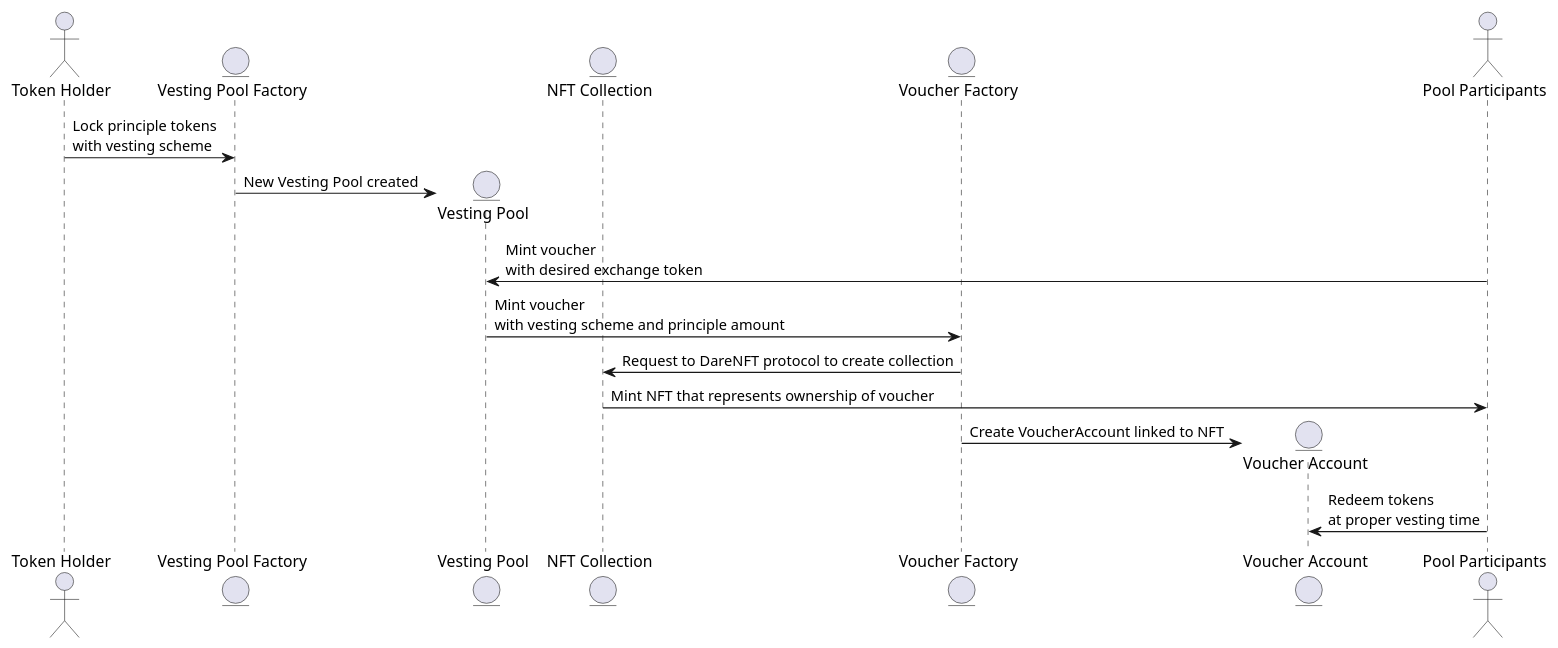
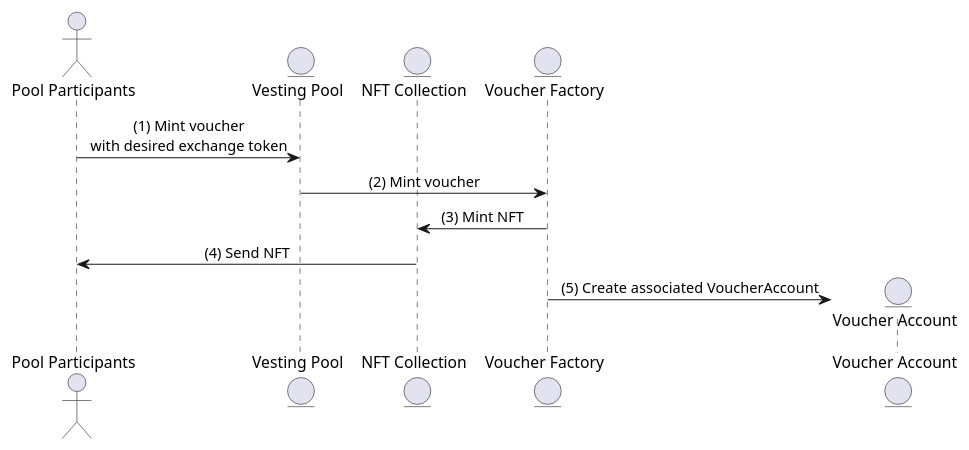
One commit to vemo-network/vemo-core-protocol changed the diagram in doc/ivo_flow.md. Above: the diagram before and after it, drawn with PlantUML. The commit also changed 3 other files, not shown here.

```diff
--- a/doc/ivo_flow.md
+++ b/doc/ivo_flow.md
@@ -3,22 +3,17 @@
 @startuml
-actor TokenHolder as "Token Holder"
-entity VestingPoolFactory as "Vesting Pool Factory"
+skinparam sequenceMessageAlign center
+actor PoolParticipant as "Pool Participants"
 entity VestingPool as "Vesting Pool"
 entity Collection as "NFT Collection"
 entity VoucherFactory as "Voucher Factory"
 entity VoucherAccount as "Voucher Account"
-actor PoolParticipant as "Pool Participants"
 
-TokenHolder -> VestingPoolFactory: Lock principle tokens\nwith vesting scheme
-create VestingPool
-VestingPoolFactory -> VestingPool: New Vesting Pool created
 
-PoolParticipant -> VestingPool: Mint voucher\nwith desired exchange token
-VestingPool -> VoucherFactory: Mint voucher\nwith vesting scheme and principle amount
-VoucherFactory -> Collection: Request to DareNFT protocol to create collection
-Collection -> PoolParticipant: Mint NFT that represents ownership of voucher
+PoolParticipant -> VestingPool: (1) Mint voucher\nwith desired exchange token
+VestingPool -> VoucherFactory: (2) Mint voucher
+VoucherFactory -> Collection: (3) Mint NFT
+Collection -> PoolParticipant: (4) Send NFT
 create VoucherAccount
-VoucherFactory -> VoucherAccount: Create VoucherAccount linked to NFT
+VoucherFactory -> VoucherAccount: (5) Create associated VoucherAccount
 
-PoolParticipant -> VoucherAccount: Redeem tokens\nat proper vesting time
 @enduml
```
